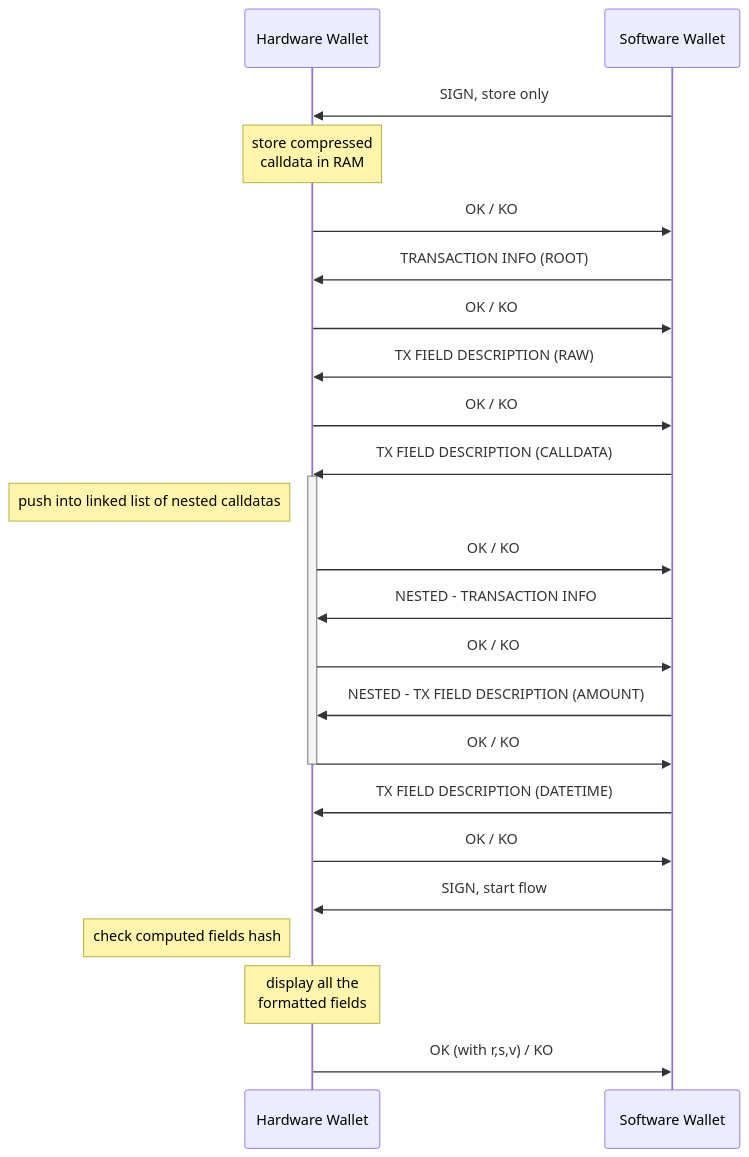
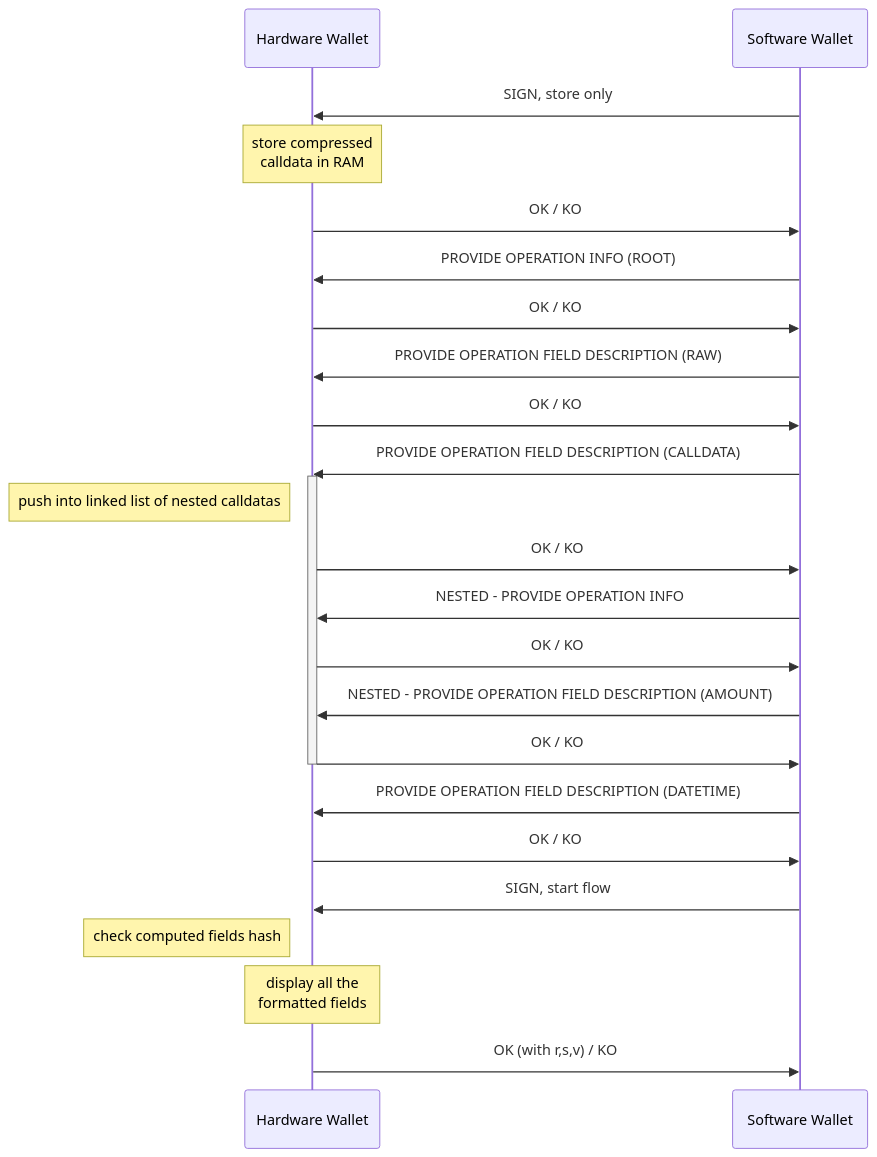
Before and after one commit to LedgerHQ/app-ethereum: the second of 3 diagrams in doc/gcs.md, drawn with Mermaid. The commit also changed other lines of this file and 8 other files, not shown here.

First line of the commit message:
Rename the operation info and field APDUs

````diff
--- a/doc/gcs.md
+++ b/doc/gcs.md
@@ -34,34 +34,34 @@
 ```mermaid
 sequenceDiagram
     participant HW as Hardware Wallet
     participant SW as Software Wallet
 
     SW ->> HW: SIGN, store only
     note over HW: store compressed<br/>calldata in RAM
     HW ->> SW: OK / KO
-    SW ->> HW: TRANSACTION INFO (ROOT)
+    SW ->> HW: PROVIDE OPERATION INFO (ROOT)
     HW ->> SW: OK / KO
 
-    SW ->> HW: TX FIELD DESCRIPTION (RAW)
+    SW ->> HW: PROVIDE OPERATION FIELD DESCRIPTION (RAW)
     HW ->> SW: OK / KO
 
-    SW ->> HW: TX FIELD DESCRIPTION (CALLDATA)
+    SW ->> HW: PROVIDE OPERATION FIELD DESCRIPTION (CALLDATA)
     activate HW
     note left of HW: push into linked list of nested calldatas
     HW ->> SW: OK / KO
 
-    SW ->> HW: NESTED - TRANSACTION INFO
+    SW ->> HW: NESTED - PROVIDE OPERATION INFO
     HW ->> SW: OK / KO
 
-    SW ->> HW: NESTED - TX FIELD DESCRIPTION (AMOUNT)
+    SW ->> HW: NESTED - PROVIDE OPERATION FIELD DESCRIPTION (AMOUNT)
     HW ->> SW: OK / KO
     deactivate HW
 
-    SW ->> HW: TX FIELD DESCRIPTION (DATETIME)
+    SW ->> HW: PROVIDE OPERATION FIELD DESCRIPTION (DATETIME)
     HW ->> SW: OK / KO
 
     SW ->> HW: SIGN, start flow
     note left of HW: check computed fields hash
     note over HW: display all the<br/>formatted fields
     HW ->> SW: OK (with r,s,v) / KO
 ```
````
